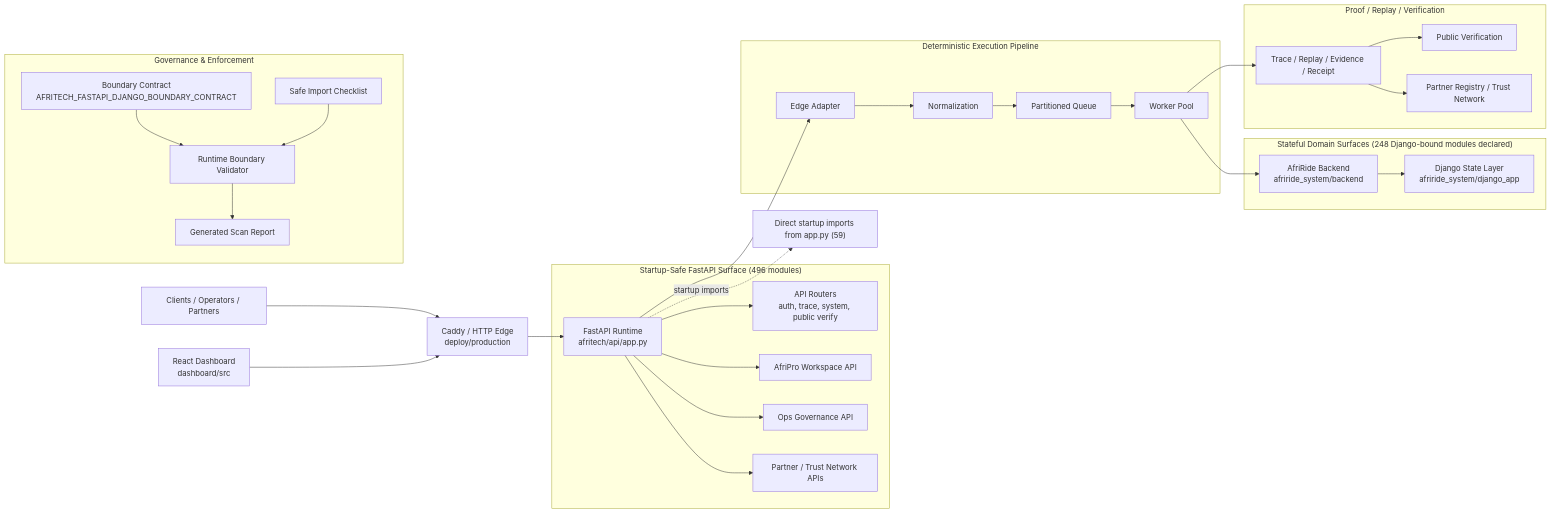
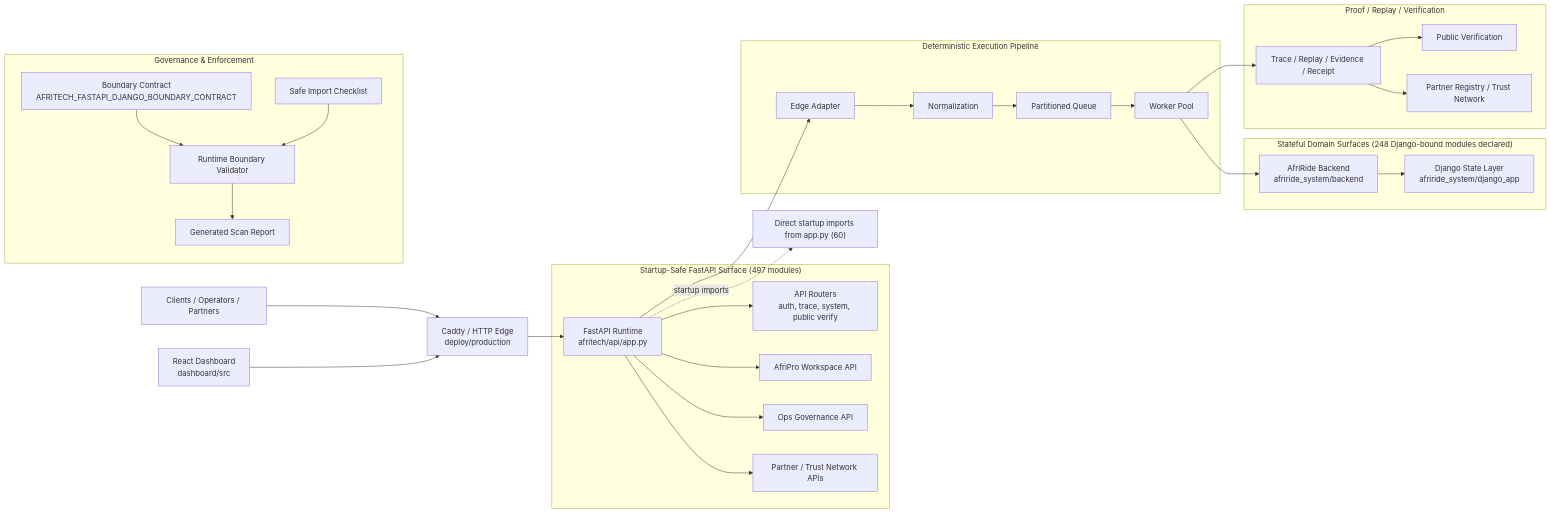
Before and after one commit to Strelly2023/afritelematics: the first of 2 diagrams in docs/architecture/AFRITECH_FULL_ARCHITECTURE_GRAPH.md, drawn with Mermaid. The commit also changed other lines of this file and 5 other files, not shown here.

````diff
--- a/docs/architecture/AFRITECH_FULL_ARCHITECTURE_GRAPH.md
+++ b/docs/architecture/AFRITECH_FULL_ARCHITECTURE_GRAPH.md
@@ -22,39 +22,39 @@
 ```mermaid
 flowchart LR
     Client["Clients / Operators / Partners"] --> Edge["Caddy / HTTP Edge\ndeploy/production"]
     Dashboard["React Dashboard\ndashboard/src"] --> Edge
     Edge --> App["FastAPI Runtime\nafritech/api/app.py"]
 
-    subgraph FastAPI["Startup-Safe FastAPI Surface (496 modules)"]
+    subgraph FastAPI["Startup-Safe FastAPI Surface (497 modules)"]
         App --> Api["API Routers\nauth, trace, system, public verify"]
         App --> Workspace["AfriPro Workspace API"]
         App --> Governance["Ops Governance API"]
         App --> Trust["Partner / Trust Network APIs"]
     end
 
     subgraph Pipeline["Deterministic Execution Pipeline"]
         App --> Adapt["Edge Adapter"]
         Adapt --> Normalize["Normalization"]
         Normalize --> Queue["Partitioned Queue"]
         Queue --> Worker["Worker Pool"]
     end
 
     subgraph State["Stateful Domain Surfaces (248 Django-bound modules declared)"]
         Worker --> Domain["AfriRide Backend\nafriride_system/backend"]
         Domain --> Django["Django State Layer\nafriride_system/django_app"]
     end
 
     subgraph Proof["Proof / Replay / Verification"]
         Worker --> Trace["Trace / Replay / Evidence / Receipt"]
         Trace --> Public["Public Verification"]
         Trace --> Registry["Partner Registry / Trust Network"]
     end
 
     subgraph GovernancePlane["Governance & Enforcement"]
         Contract["Boundary Contract\nAFRITECH_FASTAPI_DJANGO_BOUNDARY_CONTRACT"] --> Validator["Runtime Boundary Validator"]
         Checklist["Safe Import Checklist"] --> Validator
         Validator --> Review["Generated Scan Report"]
     end
 
-    App -. startup imports .-> Imports["Direct startup imports from app.py (59)"]
+    App -. startup imports .-> Imports["Direct startup imports from app.py (60)"]
 ```
````
